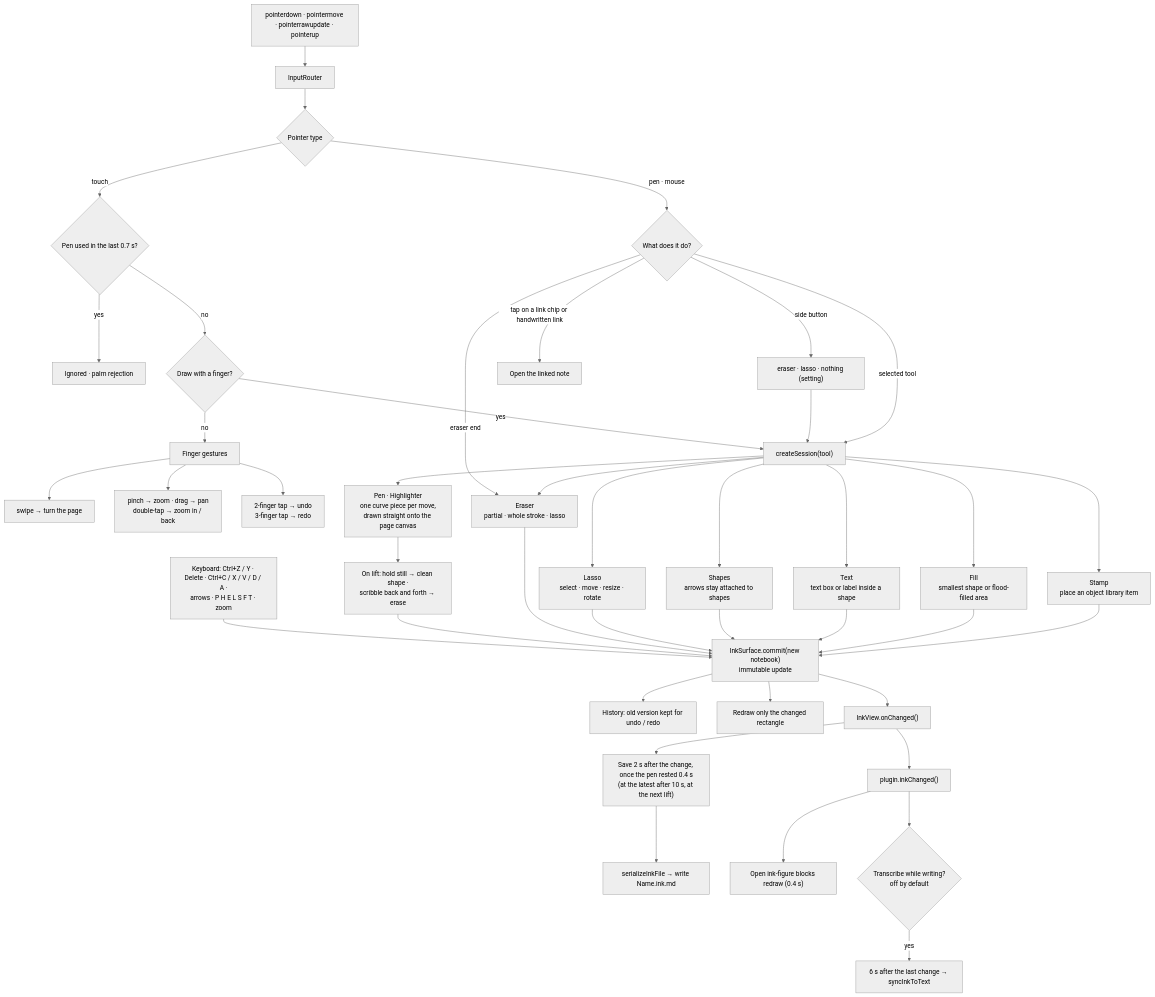
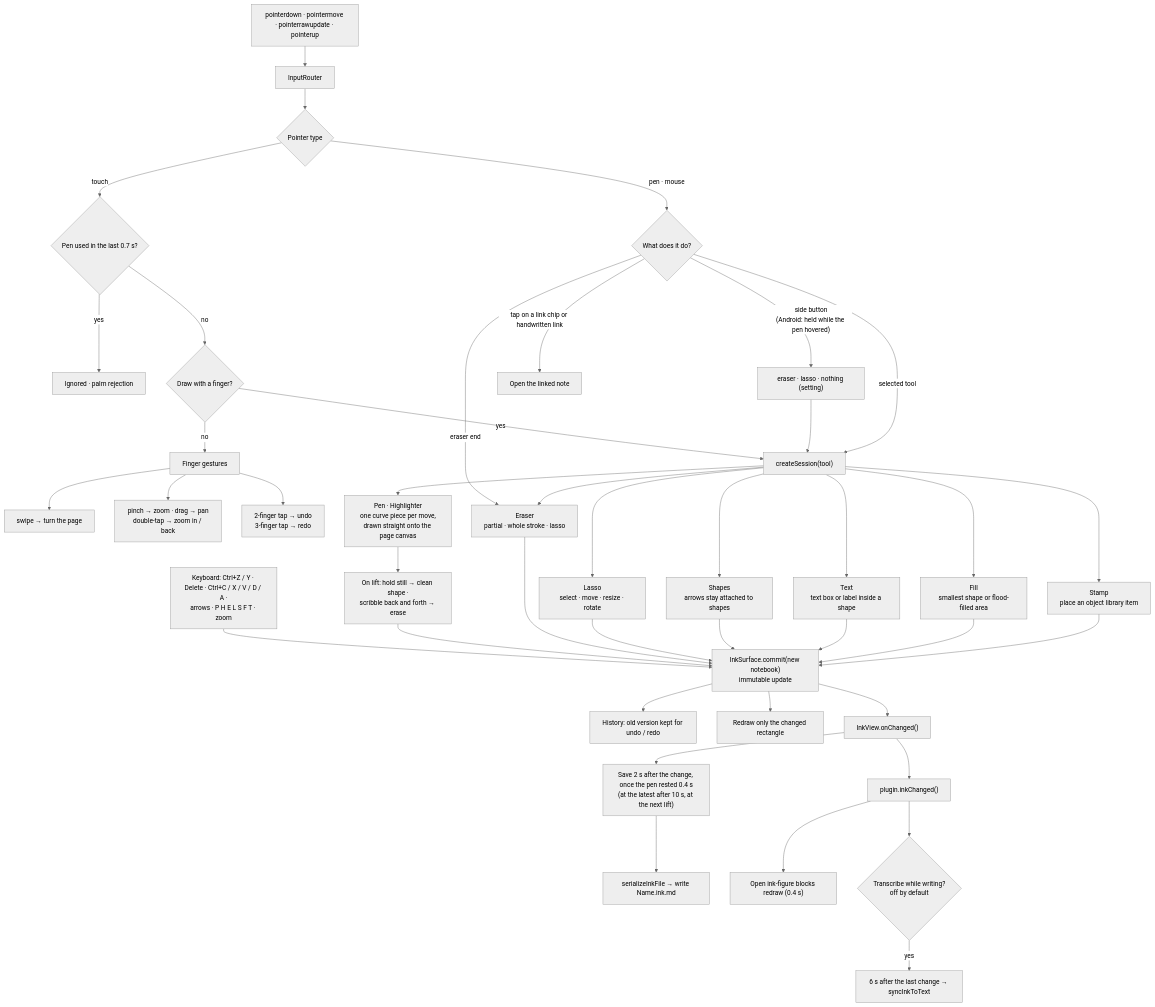
The fifth of 27 diagrams in docs/architecture.md (stefanmayer06/Obsidian-writing-for-eink), drawn with Mermaid (neutral theme) before and after one commit. The commit also changed 5 other files, not shown here.

First line of the commit message:
Make the pen's side button work on Android (Samsung S Pen, Boox)

````diff
--- a/docs/architecture.md
+++ b/docs/architecture.md
@@ -185,44 +185,44 @@
 ```mermaid
 flowchart TD
   P["pointerdown · pointermove · pointerrawupdate · pointerup"] --> R["InputRouter"]
   KB["Keyboard: Ctrl+Z / Y · Delete · Ctrl+C / X / V / D / A ·<br/>arrows · P H E L S F T · zoom"] --> SURF
   R --> K{"Pointer type"}
   K -- touch --> PR{"Pen used in the last 0.7 s?"}
   PR -- yes --> IGN["Ignored · palm rejection"]
   PR -- no --> FD{"Draw with a finger?"}
   FD -- yes --> TS
   FD -- no --> G["Finger gestures"]
   G --> G1["swipe → turn the page"]
   G --> G2["pinch → zoom · drag → pan<br/>double-tap → zoom in / back"]
   G --> G3["2-finger tap → undo<br/>3-finger tap → redo"]
   K -- "pen · mouse" --> TF{"What does it do?"}
   TF -- "eraser end" --> ER
-  TF -- "side button" --> SB["eraser · lasso · nothing (setting)"]
+  TF -- "side button<br/>(Android: held while the pen hovered)" --> SB["eraser · lasso · nothing (setting)"]
   SB --> TS
   TF -- "tap on a link chip or handwritten link" --> LNK["Open the linked note"]
   TF -- "selected tool" --> TS["createSession(tool)"]
   TS --> PEN["Pen · Highlighter<br/>one curve piece per move,<br/>drawn straight onto the page canvas"]
   TS --> ER["Eraser<br/>partial · whole stroke · lasso"]
   TS --> LA["Lasso<br/>select · move · resize · rotate"]
   TS --> SH["Shapes<br/>arrows stay attached to shapes"]
   TS --> TX["Text<br/>text box or label inside a shape"]
   TS --> FI["Fill<br/>smallest shape or flood-filled area"]
   TS --> ST["Stamp<br/>place an object library item"]
   PEN --> SMART["On lift: hold still → clean shape ·<br/>scribble back and forth → erase"]
   SMART --> SURF
   ER --> SURF
   LA --> SURF
   SH --> SURF
   TX --> SURF
   FI --> SURF
   ST --> SURF
   SURF["InkSurface.commit(new notebook)<br/>immutable update"] --> HI["History: old version kept for undo / redo"]
   SURF --> RD["Redraw only the changed rectangle"]
   SURF --> CH["InkView.onChanged()"]
   CH --> SV["Save 2 s after the change, once the pen rested 0.4 s<br/>(at the latest after 10 s, at the next lift)"]
   SV --> SER["serializeInkFile → write Name.ink.md"]
   CH --> IC["plugin.inkChanged()"]
   IC --> LIS["Open ink-figure blocks redraw (0.4 s)"]
   IC --> AT{"Transcribe while writing?<br/>off by default"}
   AT -- yes --> T6["6 s after the last change → syncInkToText"]
 ```
````
